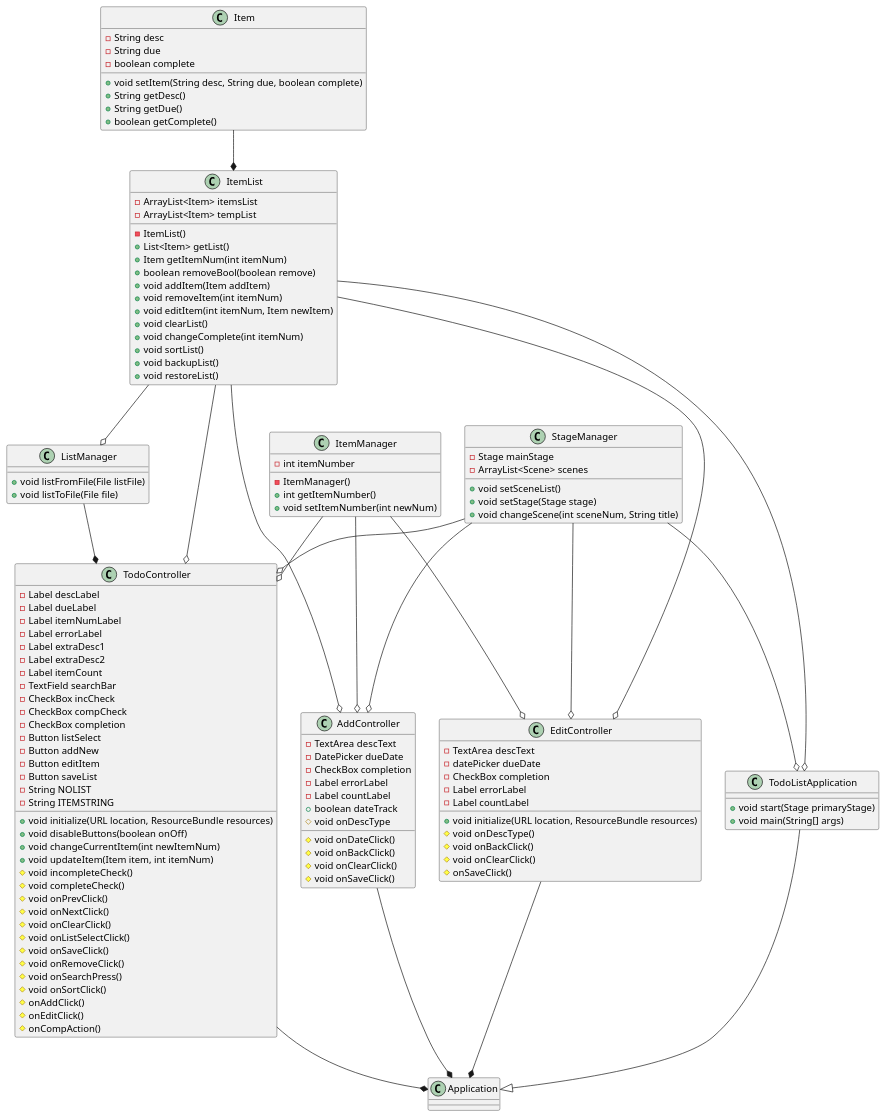
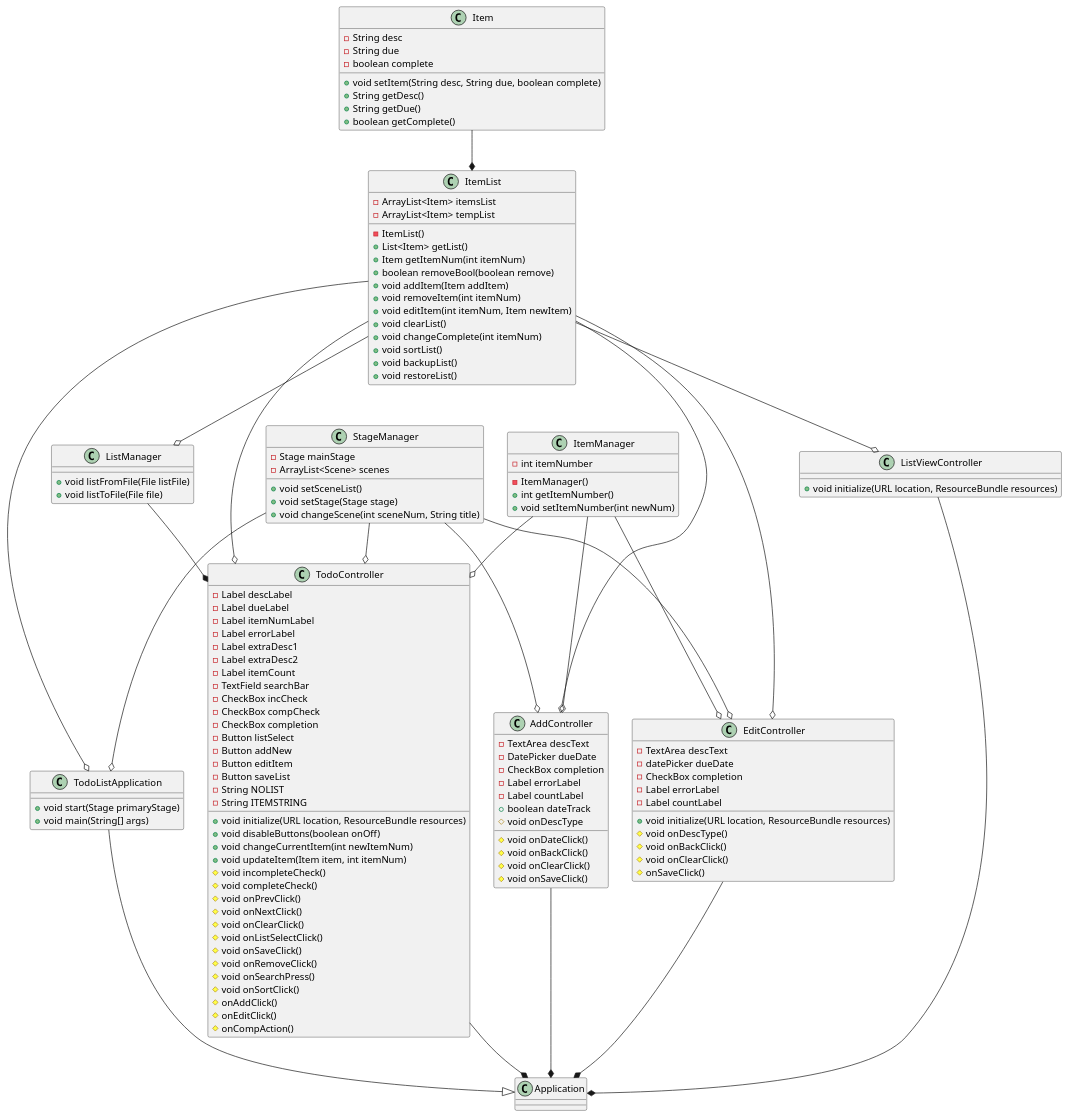
Before and after one commit to mSpiker1/Spiker-app1-impl: the diagram in TodoListApplication/docs/AppClassUML_1.puml, drawn with PlantUML. The commit also changed 2 other files, not shown here.

Commit message:
update plantuml file to add the new controller class

```diff
--- a/TodoListApplication/docs/AppClassUML_1.puml
+++ b/TodoListApplication/docs/AppClassUML_1.puml
@@ -1,140 +1,146 @@
 @startuml
 'https://plantuml.com/sequence-diagram
 
 TodoListApplication --|> Application
 TodoController --* Application
 AddController --* Application
 EditController --* Application
 Item --* ItemList
 ItemList --o TodoController
 ItemList --o AddController
 ItemList --o EditController
 ItemList --o TodoListApplication
+ItemList --o ListViewController
 StageManager --o TodoListApplication
 StageManager --o TodoController
 StageManager --o AddController
 StageManager --o EditController
 ItemManager --o TodoController
 ItemManager --o AddController
 ItemManager --o EditController
 ItemList --o ListManager
 ListManager --* TodoController
+ListViewController --* Application
 
 class ItemList{
 -ItemList()
 -ArrayList<Item> itemsList
 -ArrayList<Item> tempList
 +List<Item> getList()
 +Item getItemNum(int itemNum)
 +boolean removeBool(boolean remove)
 +void addItem(Item addItem)
 +void removeItem(int itemNum)
 +void editItem(int itemNum, Item newItem)
 +void clearList()
 +void changeComplete(int itemNum)
 +void sortList()
 +void backupList()
 +void restoreList()
+}
+
+class ListViewController{
++void initialize(URL location, ResourceBundle resources)
 }
 
 class ItemManager{
 -int itemNumber
 -ItemManager()
 +int getItemNumber()
 +void setItemNumber(int newNum)
 }
 
 class TodoListApplication{
 +void start(Stage primaryStage)
 +void main(String[] args)
 }
 
 class ListManager{
 +void listFromFile(File listFile)
 +void listToFile(File file)
 }
 
 class Item{
 -String desc
 -String due
 -boolean complete
 +void setItem(String desc, String due, boolean complete)
 +String getDesc()
 +String getDue()
 +boolean getComplete()
 }
 
 class StageManager{
 -Stage mainStage
 -ArrayList<Scene> scenes
 +void setSceneList()
 +void setStage(Stage stage)
 +void changeScene(int sceneNum, String title)
 }
 
 class TodoController{
 -Label descLabel
 -Label dueLabel
 -Label itemNumLabel
 -Label errorLabel
 -Label extraDesc1
 -Label extraDesc2
 -Label itemCount
 -TextField searchBar
 -CheckBox incCheck
 -CheckBox compCheck
 -CheckBox completion
 -Button listSelect
 -Button addNew
 -Button editItem
 -Button saveList
 -String NOLIST
 -String ITEMSTRING
 +void initialize(URL location, ResourceBundle resources)
 +void disableButtons(boolean onOff)
 +void changeCurrentItem(int newItemNum)
 +void updateItem(Item item, int itemNum)
 #void incompleteCheck()
 #void completeCheck()
 #void onPrevClick()
 #void onNextClick()
 #void onClearClick()
 #void onListSelectClick()
 #void onSaveClick()
 #void onRemoveClick()
 #void onSearchPress()
 #void onSortClick()
 #onAddClick()
 #onEditClick()
 #onCompAction()
 }
 
 class EditController{
 -TextArea descText
 -datePicker dueDate
 -CheckBox completion
 -Label errorLabel
 -Label countLabel
 +void initialize(URL location, ResourceBundle resources)
 #void onDescType()
 #void onBackClick()
 #void onClearClick()
 #onSaveClick()
 
 }
 
 class AddController{
 -TextArea descText
 -DatePicker dueDate
 -CheckBox completion
 -Label errorLabel
 -Label countLabel
 +boolean dateTrack
 #void onDateClick()
 #void onBackClick()
 #void onClearClick()
 #void onDescType
 #void onSaveClick()
 }
 
 @enduml
```
